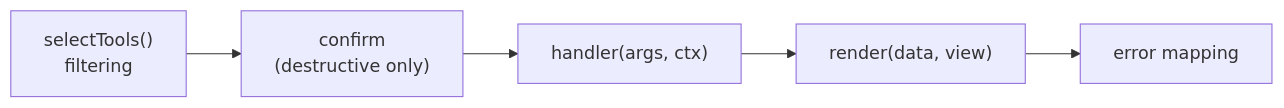
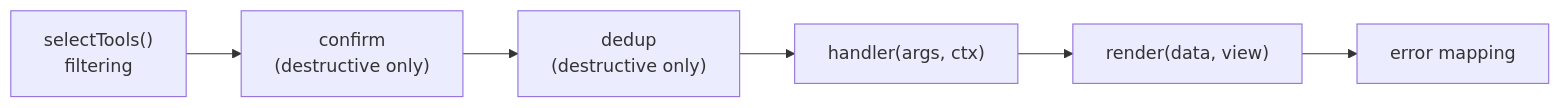
One commit to Ilmar7786/marzban-sdk changed the diagram in packages/mcp/ARCHITECTURE.md. Above: the diagram before and after it, drawn with Mermaid. The commit also changed other lines of this file and 7 other files, not shown here.

````diff
--- a/packages/mcp/ARCHITECTURE.md
+++ b/packages/mcp/ARCHITECTURE.md
@@ -51,4 +52,4 @@
 ```mermaid
 flowchart LR
-    A["selectTools()<br/>filtering"] --> B["confirm<br/>(destructive only)"] --> C["handler(args, ctx)"] --> D["render(data, view)"] --> E["error mapping"]
+    A["selectTools()<br/>filtering"] --> B["confirm<br/>(destructive only)"] --> C["dedup<br/>(destructive only)"] --> D["handler(args, ctx)"] --> E["render(data, view)"] --> F["error mapping"]
 ```
````
